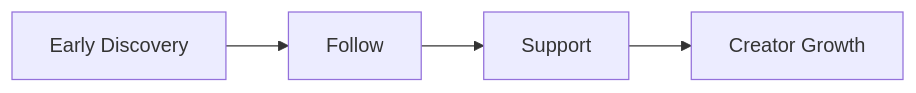
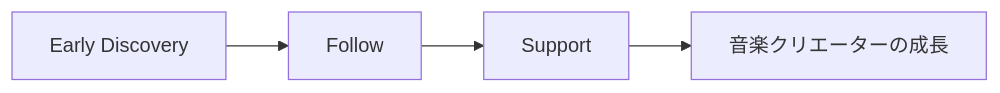
Before and after one commit to ShigeichiroYamasaki/creator-first-platform: the ninth of 27 diagrams in docs/whitepaper/06-economics-mathjax.md, drawn with Mermaid. The commit also changed other lines of this file and 67 other files, not shown here.

````diff
--- a/docs/whitepaper/06-economics-mathjax.md
+++ b/docs/whitepaper/06-economics-mathjax.md
@@ -569,9 +569,9 @@
 ```mermaid
 flowchart LR
     DISCOVER[Early Discovery]
     FOLLOW[Follow]
     SUPPORT[Support]
-    GROWTH[Creator Growth]
+    GROWTH[音楽クリエーターの成長]
 
     DISCOVER --> FOLLOW --> SUPPORT --> GROWTH
 ```
````
